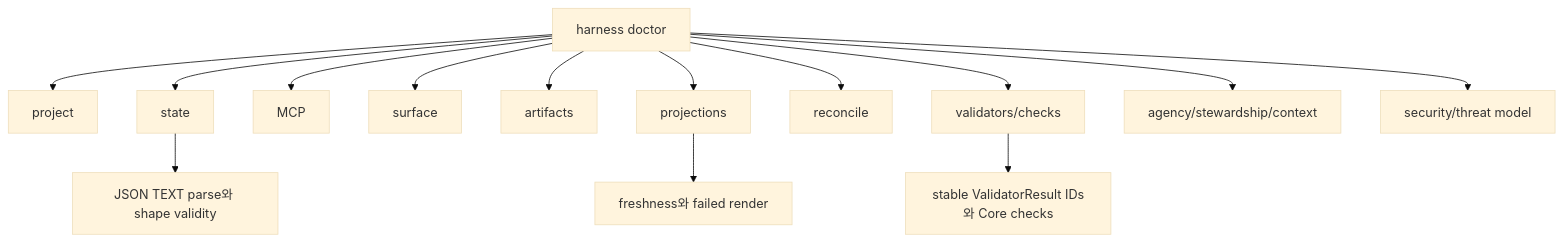
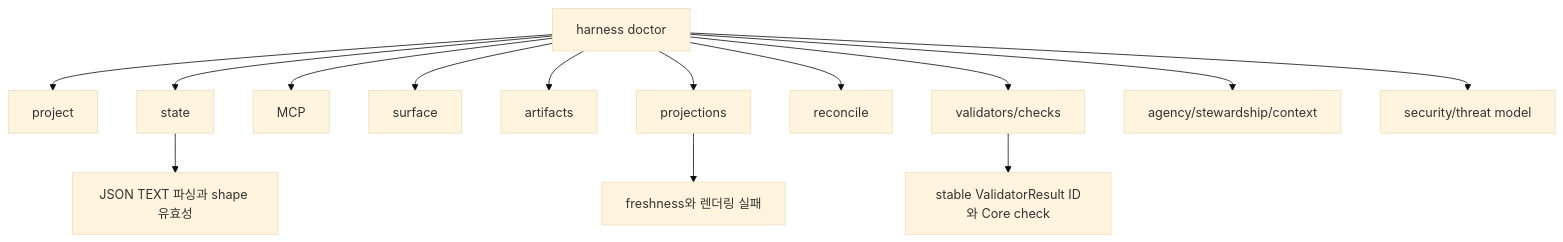
One commit to minjungw00/Volicord changed the fifth of 14 diagrams in docs/ko/reference/operations-and-conformance.md. Above: the diagram before and after it, drawn with Mermaid (base theme). The commit also changed other lines of this file and 14 other files, not shown here.

````diff
--- a/docs/ko/reference/operations-and-conformance.md
+++ b/docs/ko/reference/operations-and-conformance.md
@@ -185,16 +185,16 @@
 ```mermaid
 flowchart TD
   Doctor["harness doctor"] --> Project["project"]
   Doctor --> State["state"]
   Doctor --> MCP["MCP"]
   Doctor --> Surface["surface"]
   Doctor --> Artifacts["artifacts"]
   Doctor --> Projections["projections"]
   Doctor --> Reconcile["reconcile"]
   Doctor --> Validators["validators/checks"]
   Doctor --> Agency["agency/stewardship/context"]
   Doctor --> Security["security/threat model"]
-  State --> JSON["JSON TEXT parse와 shape validity"]
-  Projections --> Freshness["freshness와 failed render"]
-  Validators --> Stable["stable ValidatorResult IDs와 Core checks"]
+  State --> JSON["JSON TEXT 파싱과 shape 유효성"]
+  Projections --> Freshness["freshness와 렌더링 실패"]
+  Validators --> Stable["stable ValidatorResult ID와 Core check"]
 ```
````
